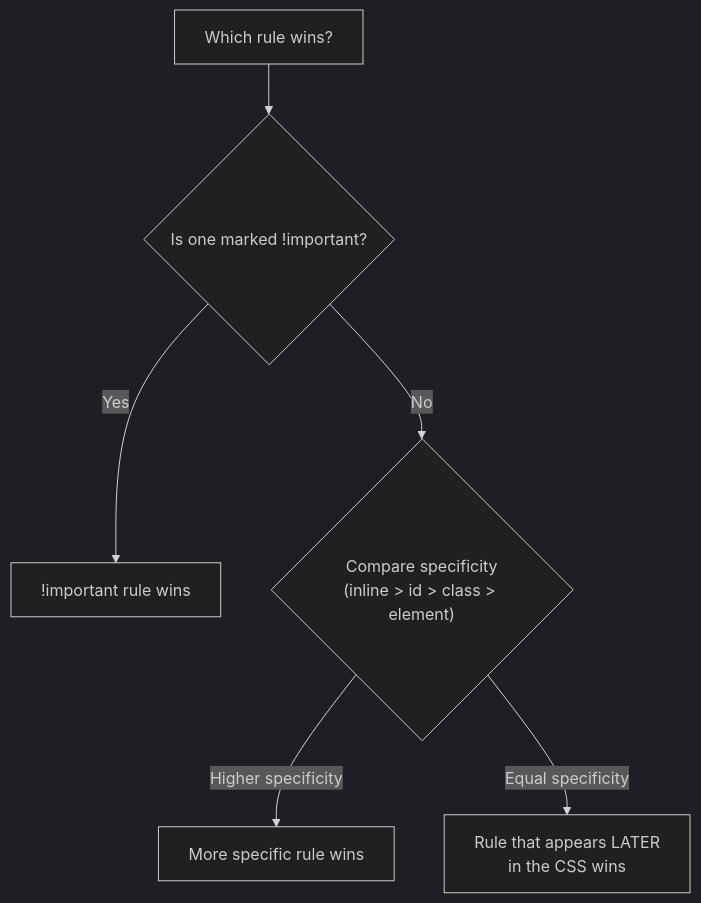
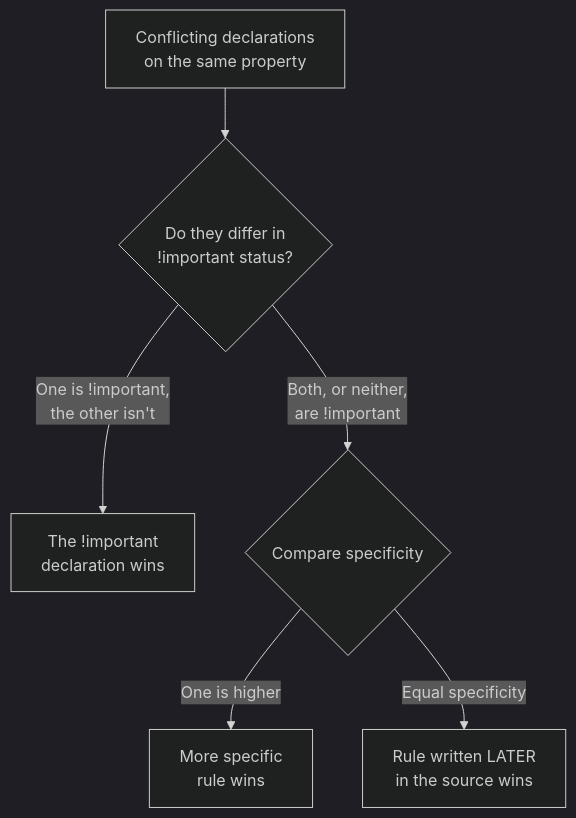
The diagram in docs/web-technologies/lecture-05-css-fundamentals.md (mua22/mern-web-book), drawn with Mermaid (dark theme) before and after one commit. The commit also changed other lines of this file, not shown here.

First line of the commit message:
Expand Lecture 5: every cascade conflict case, specificity scoring, non-inherited example

````diff
--- a/docs/web-technologies/lecture-05-css-fundamentals.md
+++ b/docs/web-technologies/lecture-05-css-fundamentals.md
@@ -445,8 +537,8 @@
 ```mermaid
 flowchart TD
-    A["Which rule wins?"] --> B{"Is one marked !important?"}
-    B -- Yes --> W1["!important rule wins"]
-    B -- No --> C{"Compare specificity<br/>(inline > id > class > element)"}
-    C -- "Higher specificity" --> W2["More specific rule wins"]
-    C -- "Equal specificity" --> D["Rule that appears LATER<br/>in the CSS wins"]
+    A["Conflicting declarations<br/>on the same property"] --> B{"Do they differ in<br/>!important status?"}
+    B -- "One is !important,<br/>the other isn't" --> W1["The !important<br/>declaration wins"]
+    B -- "Both, or neither,<br/>are !important" --> C{"Compare specificity"}
+    C -- "One is higher" --> W2["More specific<br/>rule wins"]
+    C -- "Equal specificity" --> D["Rule written LATER<br/>in the source wins"]
 ```
````
